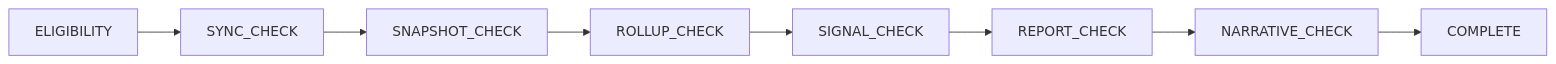
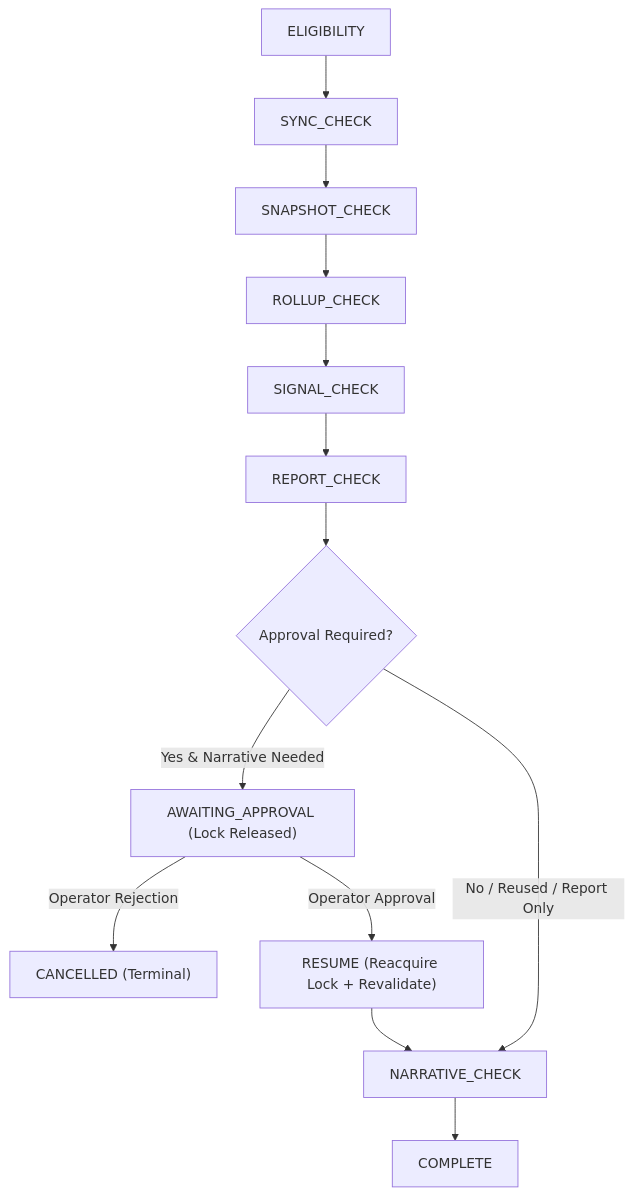
The diagram in docs/BS6_AUTOMATION_ARCHITECTURE.md (bopagenciy/BopSocial), drawn with Mermaid before and after one commit. The commit also changed other lines of this file and 17 other files, not shown here.

````diff
--- a/docs/BS6_AUTOMATION_ARCHITECTURE.md
+++ b/docs/BS6_AUTOMATION_ARCHITECTURE.md
@@ -99,10 +106,15 @@
 ```mermaid
-flowchart LR
+flowchart TD
     A["ELIGIBILITY"] --> B["SYNC_CHECK"]
     B --> C["SNAPSHOT_CHECK"]
     C --> D["ROLLUP_CHECK"]
     D --> E["SIGNAL_CHECK"]
     E --> F["REPORT_CHECK"]
-    F --> G["NARRATIVE_CHECK"]
-    G --> H["COMPLETE"]
+    F --> G{"Approval Required?"}
+    G -- "Yes & Narrative Needed" --> H["AWAITING_APPROVAL (Lock Released)"]
+    G -- "No / Reused / Report Only" --> I["NARRATIVE_CHECK"]
+    H -- "Operator Rejection" --> J["CANCELLED (Terminal)"]
+    H -- "Operator Approval" --> K["RESUME (Reacquire Lock + Revalidate)"]
+    K --> I
+    I --> L["COMPLETE"]
 ```
````
